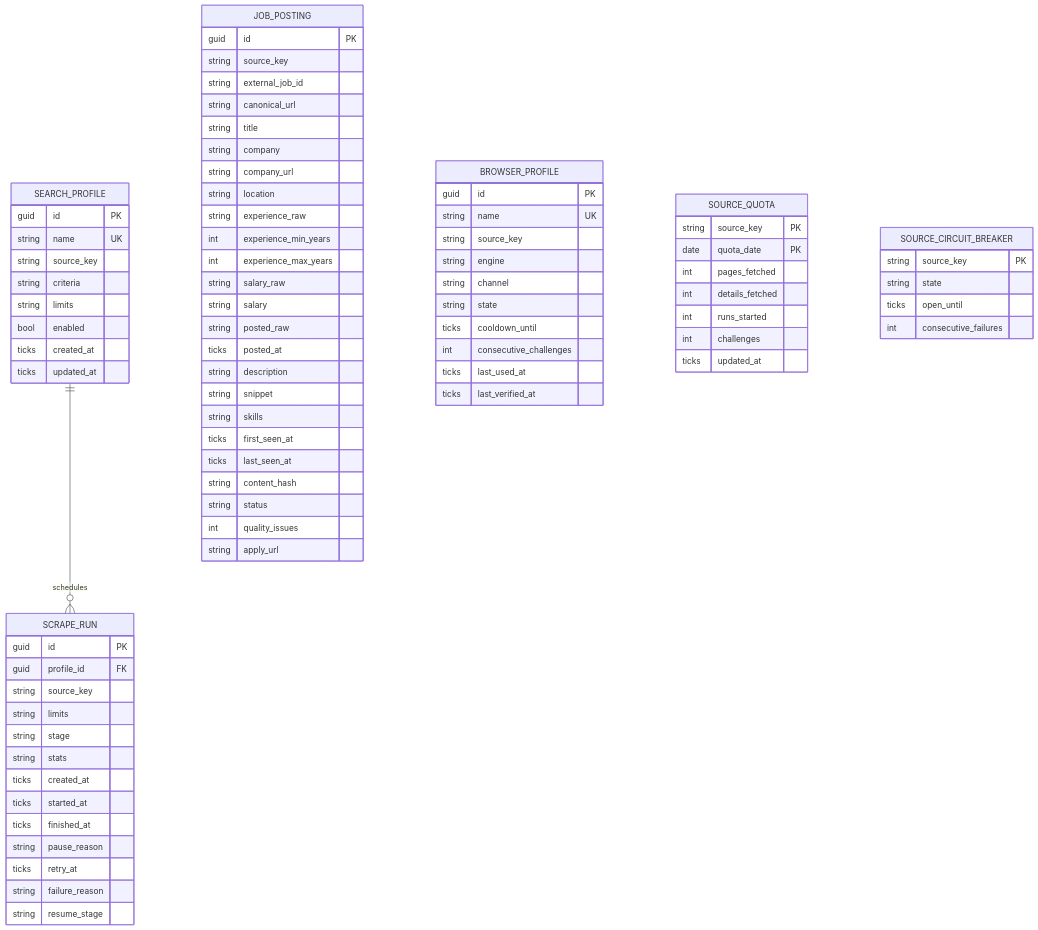
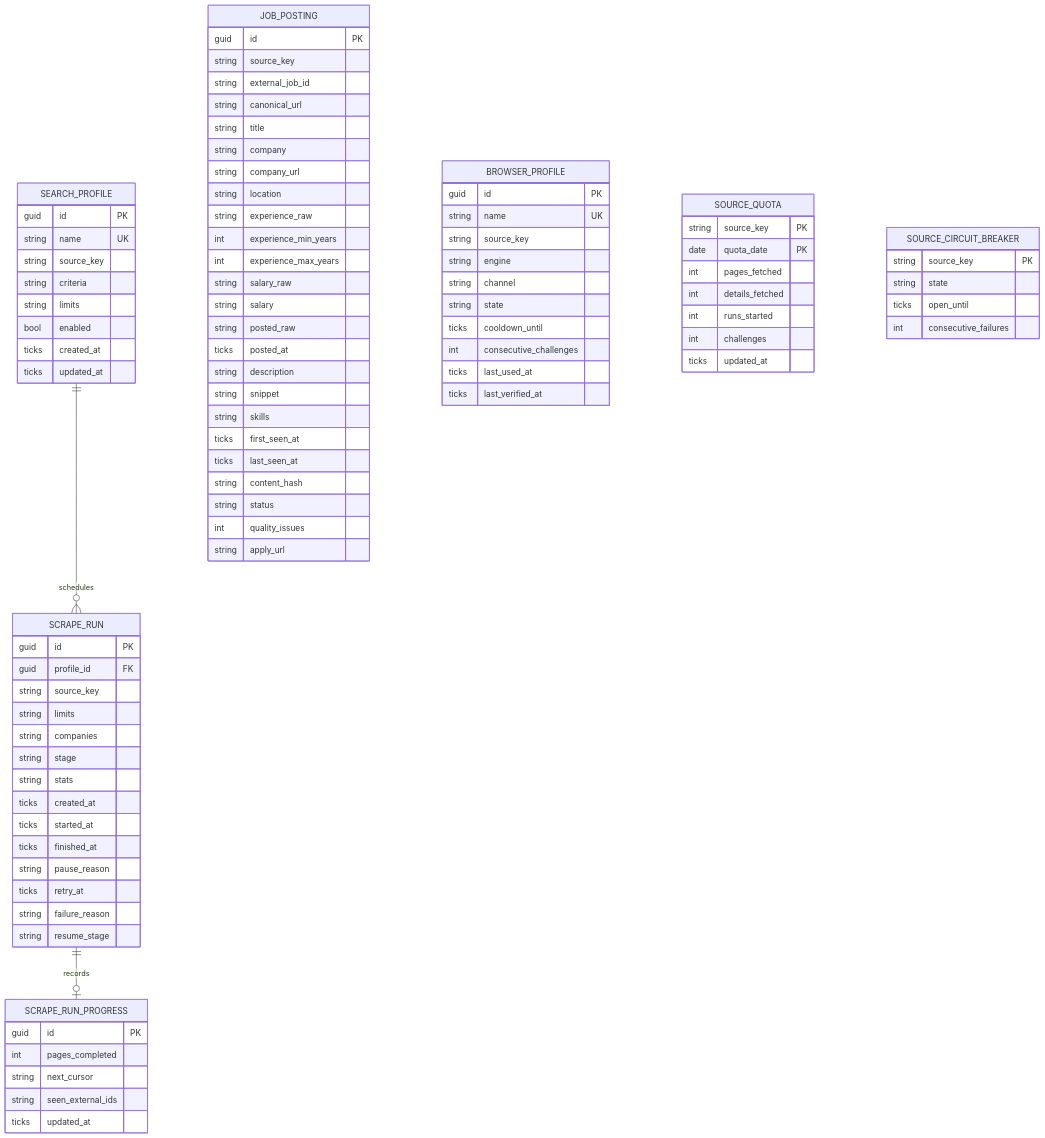
Diagram 11 of 12 in docs/02-architecture.md (AslamNazeerShaikh/PlaywrightDotNet), drawn with Mermaid before and after one commit. The commit also changed other lines of this file and 2 other files, not shown here.

First line of the commit message:
docs(architecture): redraw diagram and refresh architecture doc

````diff
--- a/docs/02-architecture.md
+++ b/docs/02-architecture.md
@@ -695,6 +780,7 @@
 ```mermaid
 erDiagram
     SEARCH_PROFILE ||--o{ SCRAPE_RUN : schedules
+    SCRAPE_RUN ||--o| SCRAPE_RUN_PROGRESS : records
 
     SEARCH_PROFILE {
         guid id PK
@@ -711,6 +797,7 @@
         guid profile_id FK
         string source_key
         string limits
+        string companies
         string stage
         string stats
         ticks created_at
@@ -720,6 +807,13 @@
         ticks retry_at
         string failure_reason
         string resume_stage
+    }
+    SCRAPE_RUN_PROGRESS {
+        guid id PK
+        int pages_completed
+        string next_cursor
+        string seen_external_ids
+        ticks updated_at
     }
     JOB_POSTING {
         guid id PK
````
